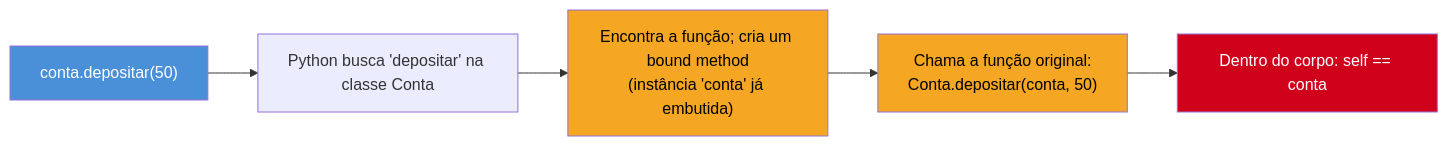
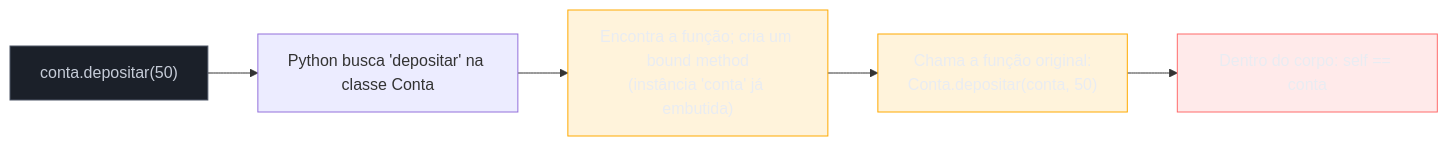
The first of 3 diagrams in 03-Dominios/Tecnologia/Python/OO e Data Model/01 - Classes — definição, atributos e métodos.md (josenaldo/codex-technomanticus), drawn with Mermaid before and after one commit. The commit also changed other lines of this file and 1181 other files, not shown here.

First line of the commit message:
fix(diagramas): paleta do sistema no lugar de cor cravada no markdown

````diff
--- a/03-Dominios/Tecnologia/Python/OO e Data Model/01 - Classes — definição, atributos e métodos.md
+++ b/03-Dominios/Tecnologia/Python/OO e Data Model/01 - Classes — definição, atributos e métodos.md
@@ -126,12 +126,15 @@
 ```mermaid
 flowchart LR
+    classDef neutro fill:#1B2029,stroke:#4E5666,color:#C6CCD8
+    classDef destaque fill:#FFAA0024,stroke:#FFAA00,color:#E9ECF2
+    classDef falha fill:#FF6B6B24,stroke:#FF6B6B,color:#E9ECF2
     A["conta.depositar(50)"] --> B["Python busca 'depositar' na classe Conta"]
     B --> C["Encontra a função; cria um bound method\n(instância 'conta' já embutida)"]
     C --> D["Chama a função original:\nConta.depositar(conta, 50)"]
     D --> E["Dentro do corpo: self == conta"]
 
-    style A fill:#4A90D9,color:#fff
-    style C fill:#F5A623,color:#000
-    style D fill:#F5A623,color:#000
-    style E fill:#D0021B,color:#fff
+    class A neutro
+    class C destaque
+    class D destaque
+    class E falha
 ```
````
